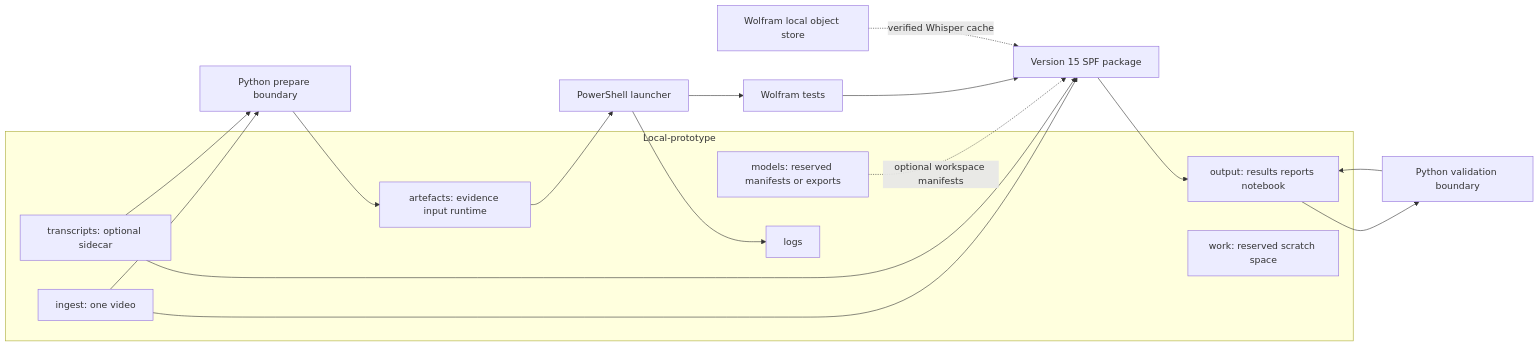
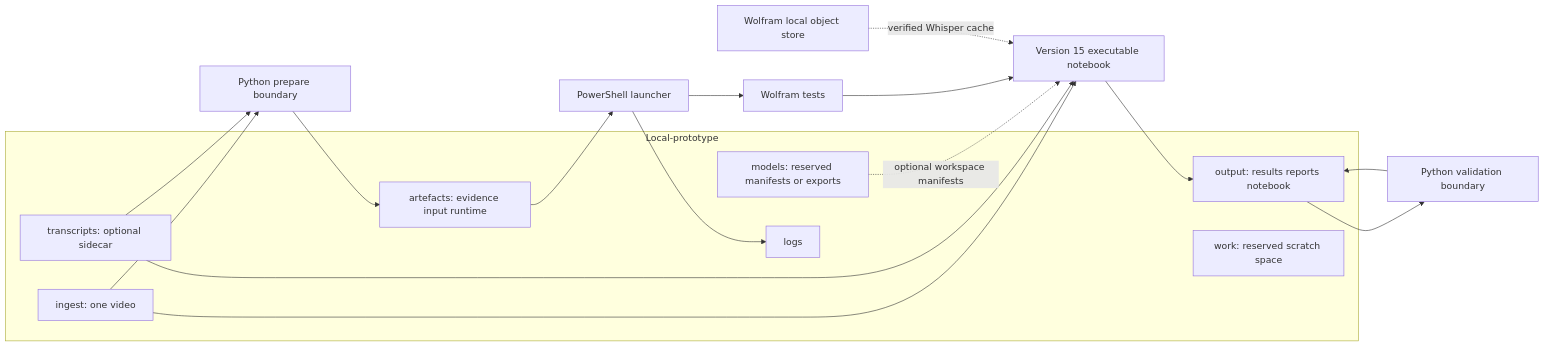
One commit to KG-khangelani/babelapha changed the first of 3 diagrams in Documentation/mathematica/architecture.md. Above: the diagram before and after it, drawn with Mermaid. The commit also changed other lines of this file and 10 other files, not shown here.

````diff
--- a/Documentation/mathematica/architecture.md
+++ b/Documentation/mathematica/architecture.md
@@ -9,27 +9,27 @@
 ```mermaid
 flowchart LR
     subgraph Workspace[Local-prototype]
         I[ingest: one video]
         T[transcripts: optional sidecar]
         M[models: reserved manifests or exports]
         E[artefacts: evidence input runtime]
         O[output: results reports notebook]
         L[logs]
         X[work: reserved scratch space]
     end
 
     I --> PB[Python prepare boundary]
     T --> PB
     PB --> E
     E --> PS[PowerShell launcher]
     PS --> WT[Wolfram tests]
-    WT --> WL[Version 15 SPF package]
+    WT --> WL[Version 15 executable notebook]
     I --> WL
     T --> WL
     M -. optional workspace manifests .-> WL
     C[Wolfram local object store] -. verified Whisper cache .-> WL
     WL --> O
     O --> VB[Python validation boundary]
     VB --> O
     PS --> L
 ```
````
